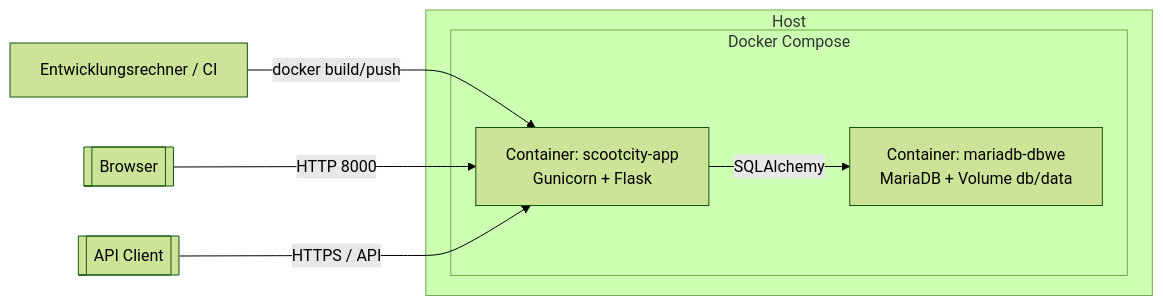
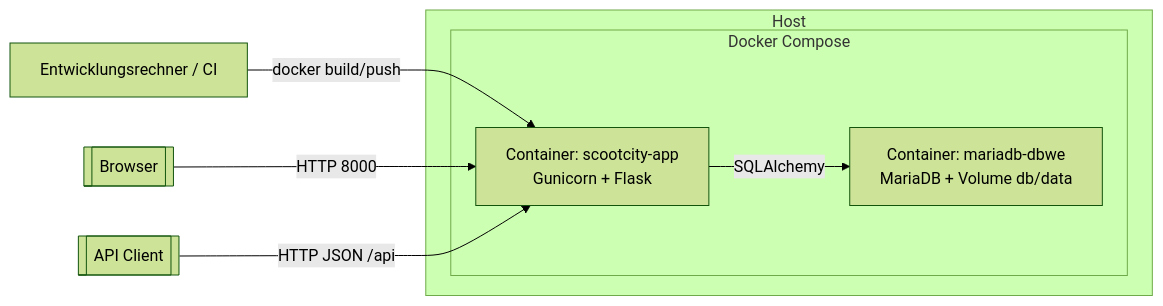
One commit to arno4000/scootcity changed the seventh of 7 diagrams in docs/05_systemarchitektur.md. Above: the diagram before and after it, drawn with Mermaid (forest theme). The commit also changed other lines of this file and 21 other files, not shown here.

````diff
--- a/docs/05_systemarchitektur.md
+++ b/docs/05_systemarchitektur.md
@@ -213,13 +235,13 @@
 ```mermaid
 flowchart LR
     subgraph Host
         subgraph Compose["Docker Compose"]
             App["Container: scootcity-app<br/>Gunicorn + Flask"]
             DB["Container: mariadb-dbwe<br/>MariaDB + Volume db/data"]
         end
     end
     Dev["Entwicklungsrechner / CI"] -->|docker build/push| App
     App -->|SQLAlchemy| DB
     UserBrowser[[Browser]] -->|HTTP 8000| App
-    ProviderClient[[API Client]] -->|HTTPS / API| App
+    ProviderClient[[API Client]] -->|HTTP JSON /api| App
 ```
````
